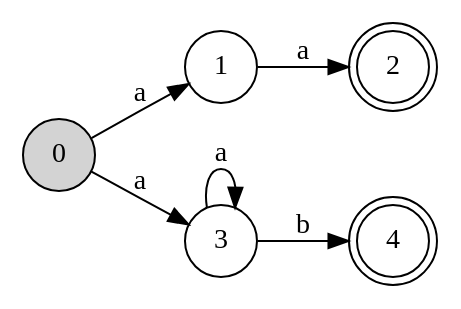
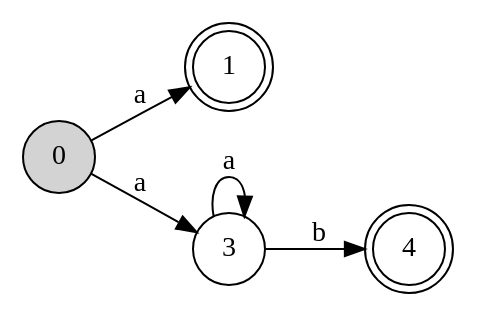
One commit to deniskyashif/thesis changed the diagram in paper/img/fa-union2.dot. Above: the diagram before and after it, drawn with Graphviz. The commit also changed 8 other files, not shown here.

```diff
--- a/paper/img/fa-union2.dot
+++ b/paper/img/fa-union2.dot
@@ -1,11 +1,10 @@
 digraph { 
     rankdir=LR; size="8,5" 
     node [shape=circle] 
     0 -> 1 [label="a"];
-    1 -> 2 [label="a"];
     0 -> 3 [label="a"]; 
     3 -> 3 [label="a"]; 
     3 -> 4 [label="b"]; 
-    2,4 [shape = doublecircle]
+    1,4 [shape = doublecircle]
     0 [style = filled, fillcolor = lightgrey]
 }
```
